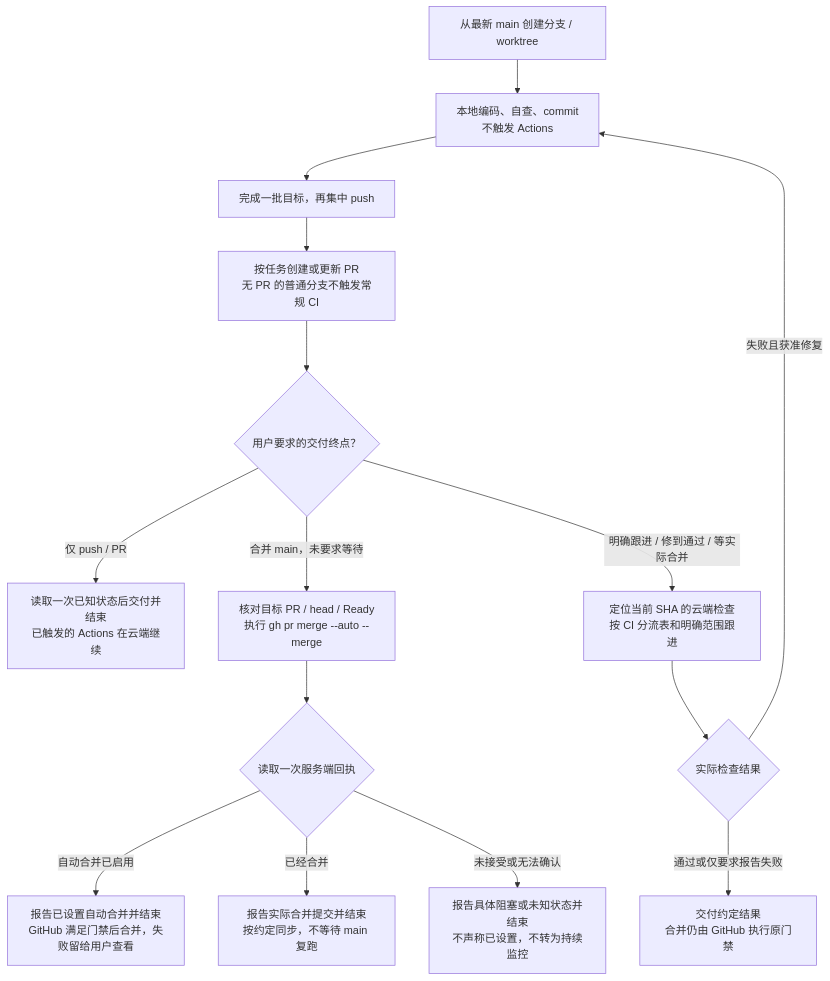
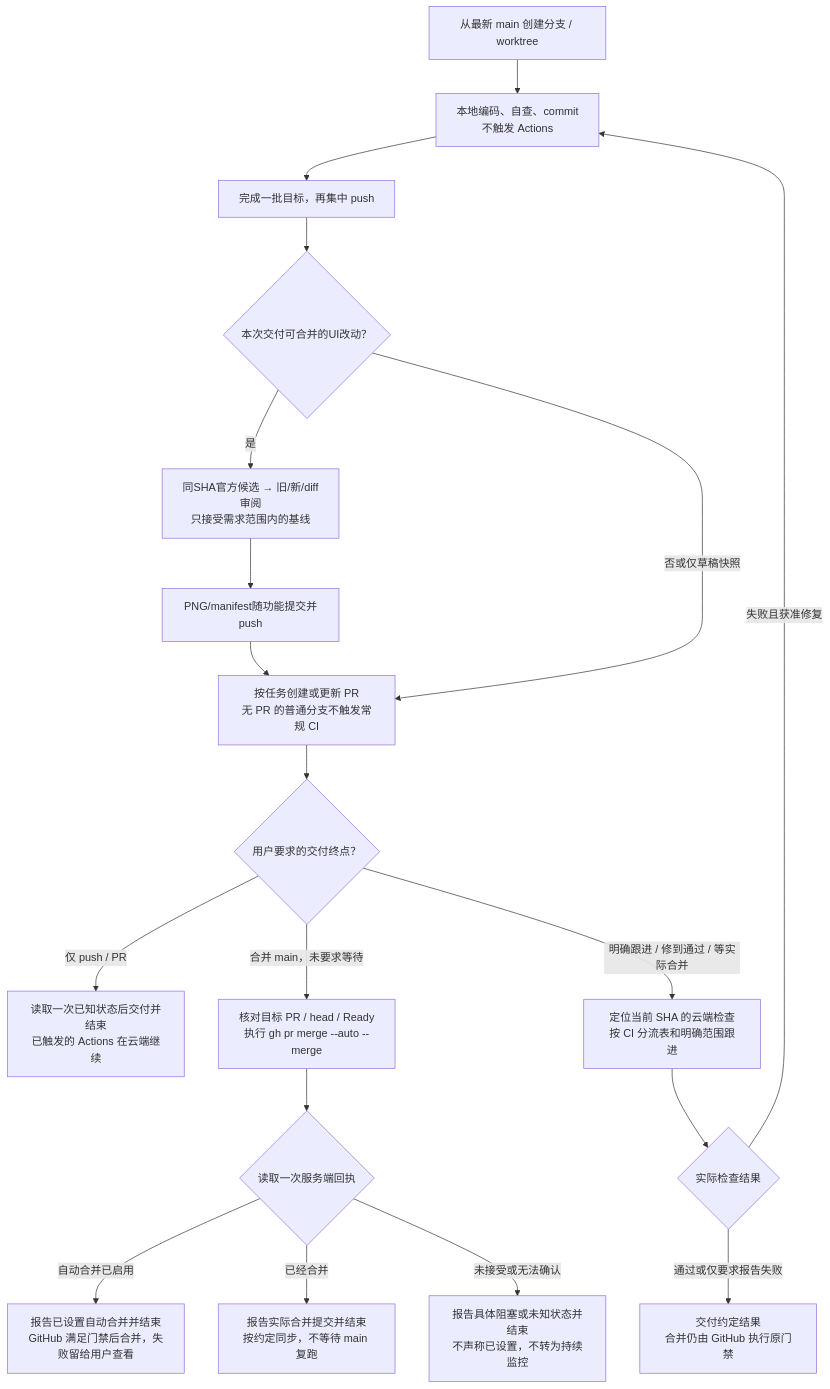
Before and after one commit to 6owen/boai-agent: the diagram in .agents/skills/boai-dev-workflow/SKILL.md, drawn with Mermaid. The commit also changed other lines of this file and 5 other files, not shown here.

````diff
--- a/.agents/skills/boai-dev-workflow/SKILL.md
+++ b/.agents/skills/boai-dev-workflow/SKILL.md
@@ -41,17 +42,21 @@
 ```mermaid
 flowchart TD
     A["从最新 main 创建分支 / worktree"] --> B["本地编码、自查、commit<br/>不触发 Actions"]
     B --> C["完成一批目标，再集中 push"]
-    C --> D["按任务创建或更新 PR<br/>无 PR 的普通分支不触发常规 CI"]
+    C --> U{"本次交付可合并的UI改动？"}
+    U -->|是| V["同SHA官方候选 → 旧/新/diff审阅<br/>只接受需求范围内的基线"]
+    V --> W["PNG/manifest随功能提交并push"]
+    W --> D["按任务创建或更新 PR<br/>无 PR 的普通分支不触发常规 CI"]
+    U -->|否或仅草稿快照| D
     D --> E{"用户要求的交付终点？"}
     E -->|仅 push / PR| F["读取一次已知状态后交付并结束<br/>已触发的 Actions 在云端继续"]
     E -->|合并 main，未要求等待| G["核对目标 PR / head / Ready<br/>执行 gh pr merge --auto --merge"]
     G --> H{"读取一次服务端回执"}
     H -->|自动合并已启用| I["报告已设置自动合并并结束<br/>GitHub 满足门禁后合并，失败留给用户查看"]
     H -->|已经合并| J["报告实际合并提交并结束<br/>按约定同步，不等待 main 复跑"]
     H -->|未接受或无法确认| K["报告具体阻塞或未知状态并结束<br/>不声称已设置，不转为持续监控"]
     E -->|明确跟进 / 修到通过 / 等实际合并| L["定位当前 SHA 的云端检查<br/>按 CI 分流表和明确范围跟进"]
     L --> M{"实际检查结果"}
     M -->|失败且获准修复| B
     M -->|通过或仅要求报告失败| N["交付约定结果<br/>合并仍由 GitHub 执行原门禁"]
 ```
````
